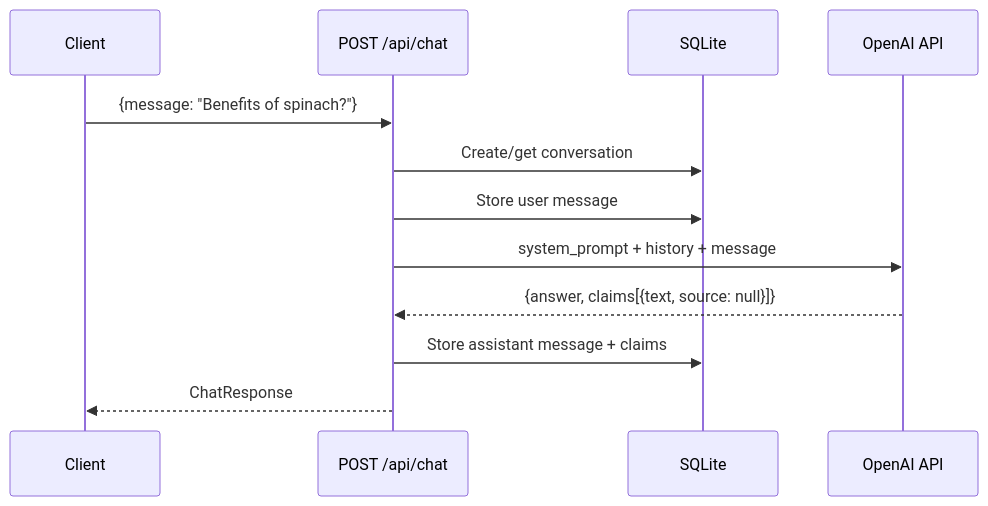
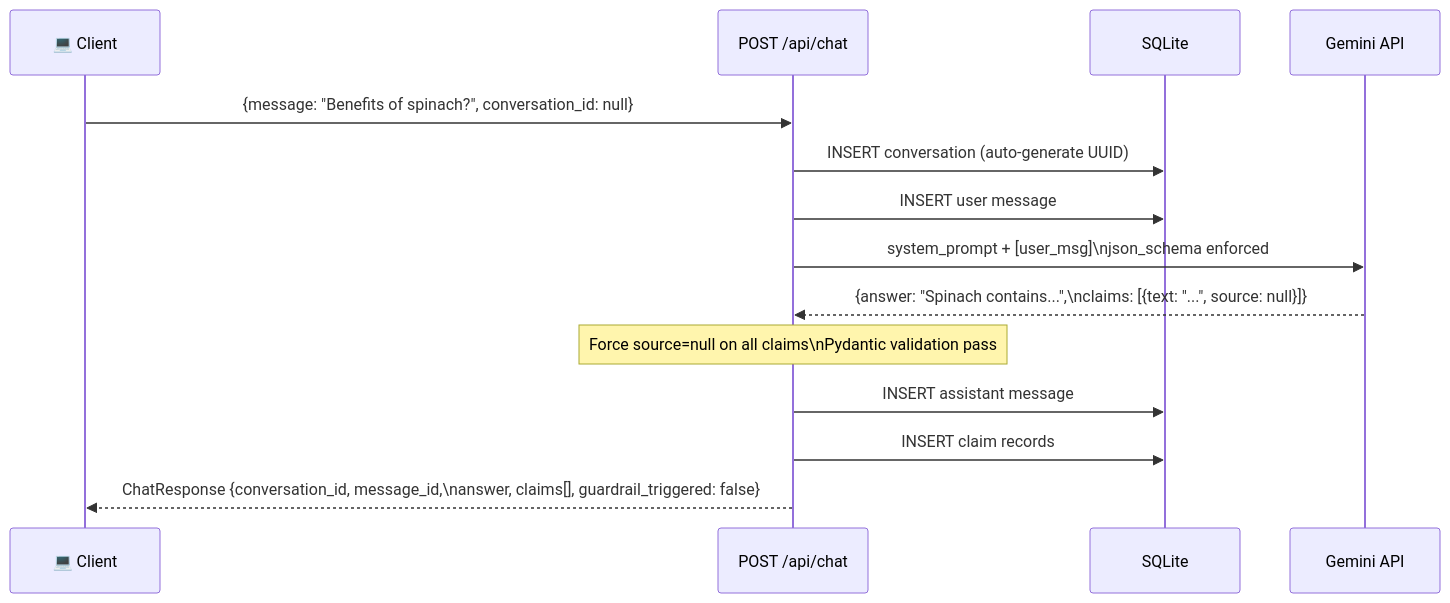
One commit to TheAlphaBA/Nutrition-app changed the second of 4 diagrams in docs/implementation-plan.md. Above: the diagram before and after it, drawn with Mermaid. The commit also changed other lines of this file and 6 other files, not shown here.

First line of the commit message:
docs: upgrade all markdown files with rich Mermaid diagrams for better understanding

````diff
--- a/docs/implementation-plan.md
+++ b/docs/implementation-plan.md
@@ -217,15 +218,17 @@
 ```mermaid
 sequenceDiagram
-    participant Client
+    participant Client as 💻 Client
     participant API as POST /api/chat
     participant DB as SQLite
-    participant LLM as OpenAI API
+    participant LLM as Gemini API
 
-    Client->>API: {message: "Benefits of spinach?"}
-    API->>DB: Create/get conversation
-    API->>DB: Store user message
-    API->>LLM: system_prompt + history + message
-    LLM-->>API: {answer, claims[{text, source: null}]}
-    API->>DB: Store assistant message + claims
-    API-->>Client: ChatResponse
+    Client->>API: {message: "Benefits of spinach?", conversation_id: null}
+    API->>DB: INSERT conversation (auto-generate UUID)
+    API->>DB: INSERT user message
+    API->>LLM: system_prompt + [user_msg]\njson_schema enforced
+    LLM-->>API: {answer: "Spinach contains...",\nclaims: [{text: "...", source: null}]}
+    Note over API: Force source=null on all claims\nPydantic validation pass
+    API->>DB: INSERT assistant message
+    API->>DB: INSERT claim records
+    API-->>Client: ChatResponse {conversation_id, message_id,\nanswer, claims[], guardrail_triggered: false}
 ```
````
